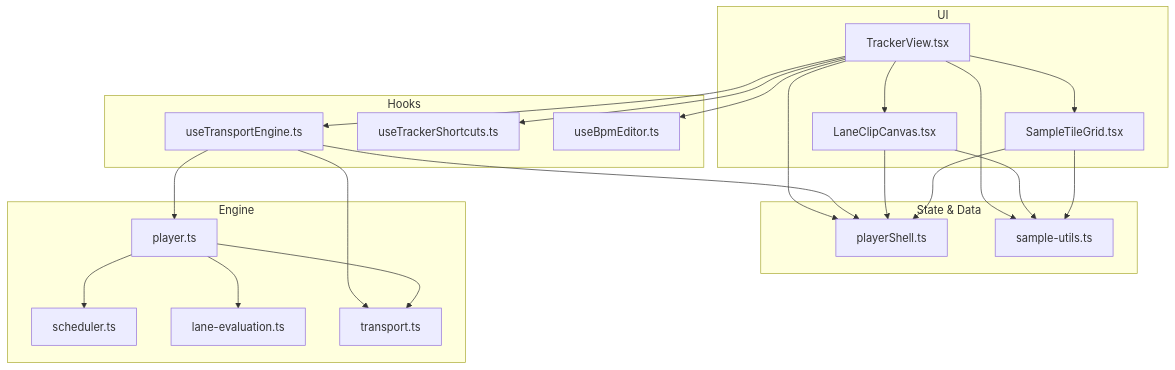
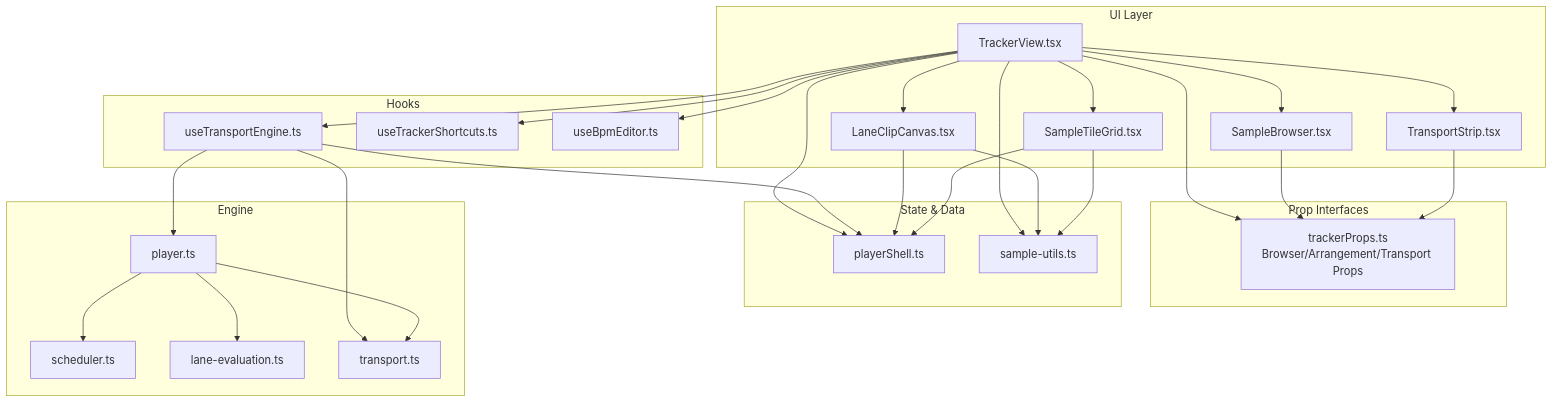
One commit to satyrlord/mixjam-electron changed the first of 7 diagrams in .qoder/repowiki/en/content/Core Components/Tracker View Enhancements.md. Above: the diagram before and after it, drawn with Mermaid. The commit also changed other lines of this file and 51 other files, not shown here.

````diff
--- a/.qoder/repowiki/en/content/Core Components/Tracker View Enhancements.md
+++ b/.qoder/repowiki/en/content/Core Components/Tracker View Enhancements.md
@@ -41,40 +53,50 @@
 ```mermaid
 graph TB
-subgraph "UI"
+subgraph "UI Layer"
 TV["TrackerView.tsx"]
+SB["SampleBrowser.tsx"]
+TS["TransportStrip.tsx"]
 LCC["LaneClipCanvas.tsx"]
 STG["SampleTileGrid.tsx"]
+end
+subgraph "Prop Interfaces"
+TP["trackerProps.ts<br/>Browser/Arrangement/Transport Props"]
 end
 subgraph "State & Data"
 PS["playerShell.ts"]
 SU["sample-utils.ts"]
 end
 subgraph "Hooks"
 UTE["useTransportEngine.ts"]
 USK["useTrackerShortcuts.ts"]
 UBE["useBpmEditor.ts"]
 end
 subgraph "Engine"
 P["player.ts"]
 SCH["scheduler.ts"]
 LE["lane-evaluation.ts"]
 TR["transport.ts"]
 end
+TV --> SB
+TV --> TS
 TV --> LCC
 TV --> STG
+TV --> TP
+SB --> TP
+TS --> TP
 TV --> UTE
 TV --> USK
 TV --> UBE
 TV --> PS
 TV --> SU
 UTE --> P
 UTE --> TR
 UTE --> PS
 P --> SCH
 P --> LE
 P --> TR
 LCC --> PS
 LCC --> SU
 STG --> PS
 STG --> SU
 ```
````
